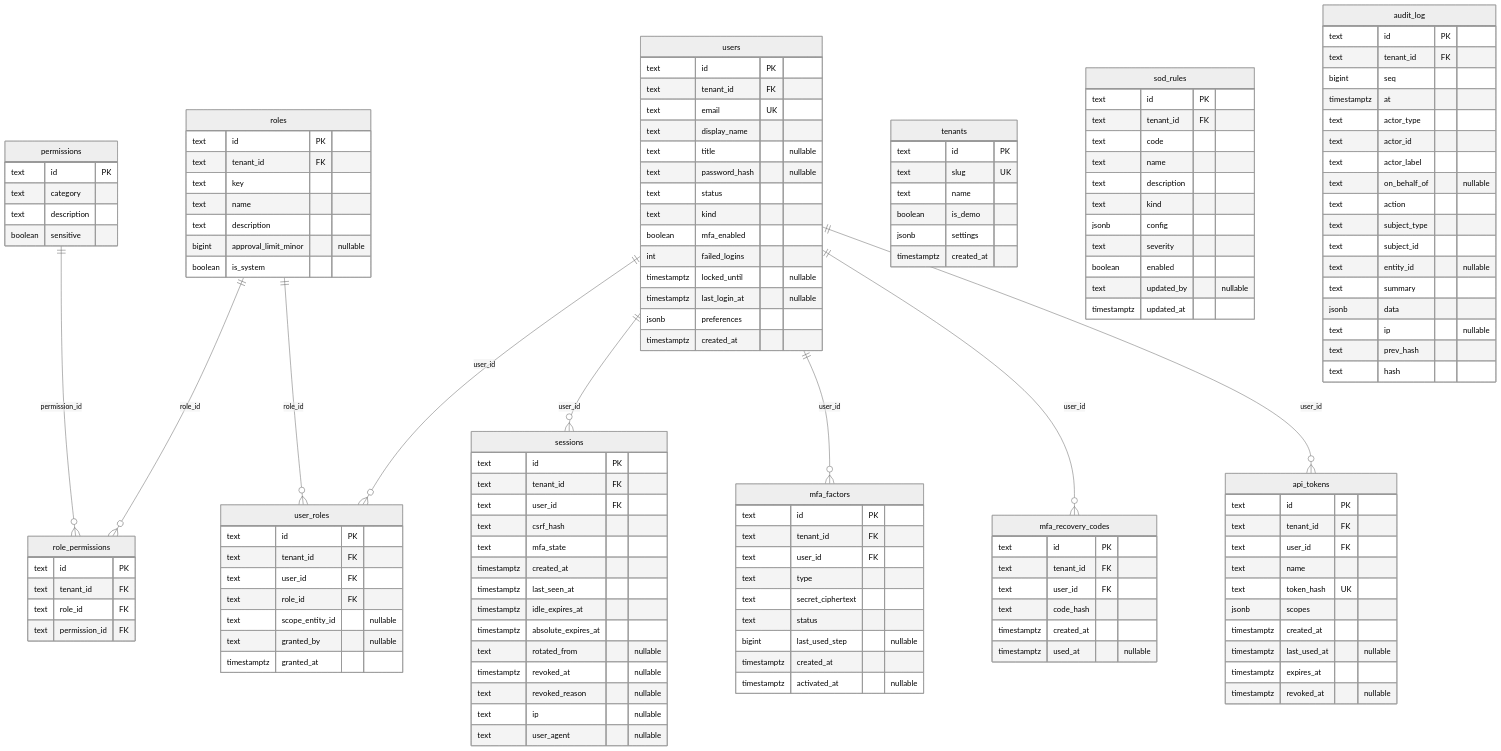
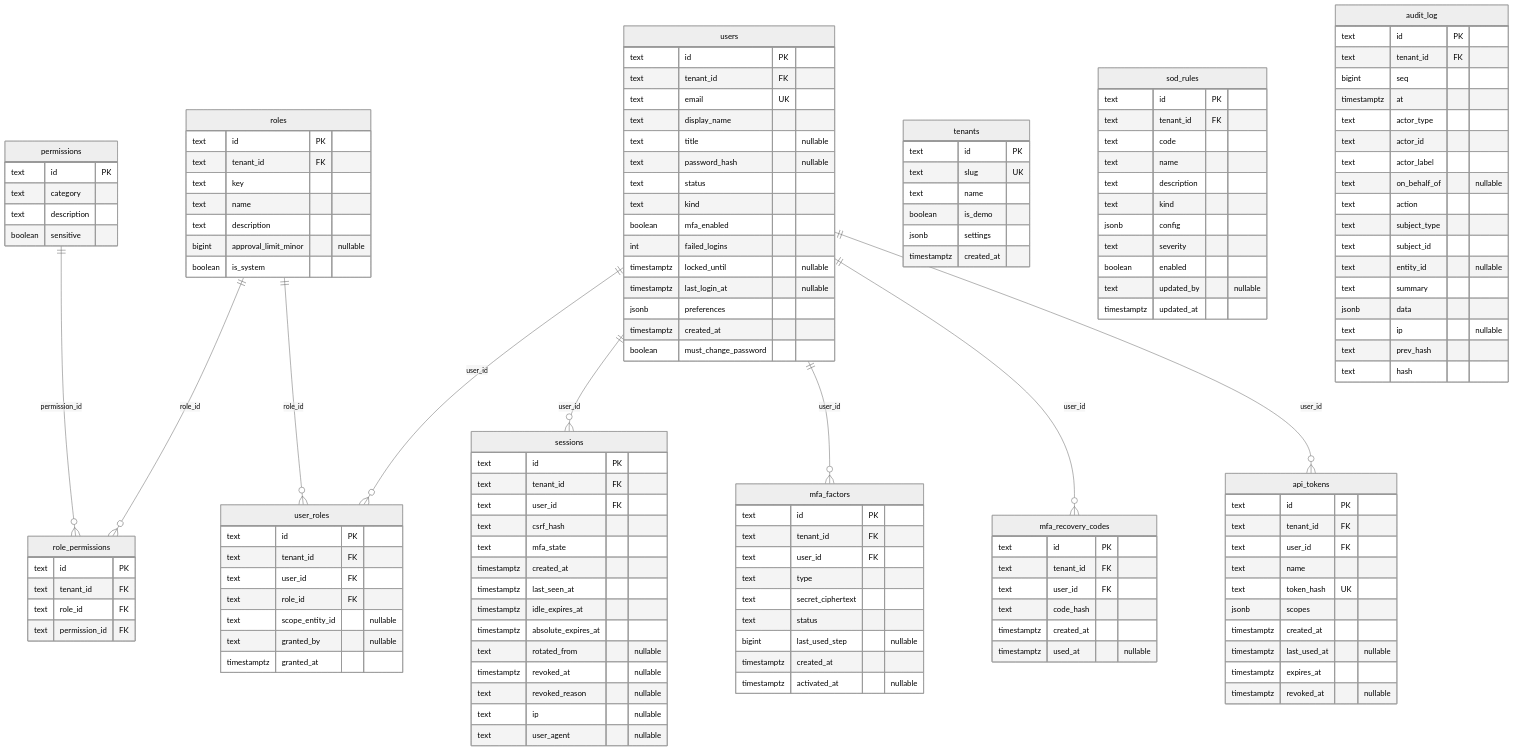
One commit to webglo-hq/studiox-website changed the first of 5 diagrams in agentic-close/tieout/docs/erd.md. Above: the diagram before and after it, drawn with Mermaid (neutral theme). The commit also changed 18 other files, not shown here.

```diff
--- a/agentic-close/tieout/docs/erd.md
+++ b/agentic-close/tieout/docs/erd.md
@@ -39,6 +39,7 @@
     timestamptz last_login_at "nullable"
     jsonb preferences
     timestamptz created_at
+    boolean must_change_password
   }
   roles {
     text id PK
```
